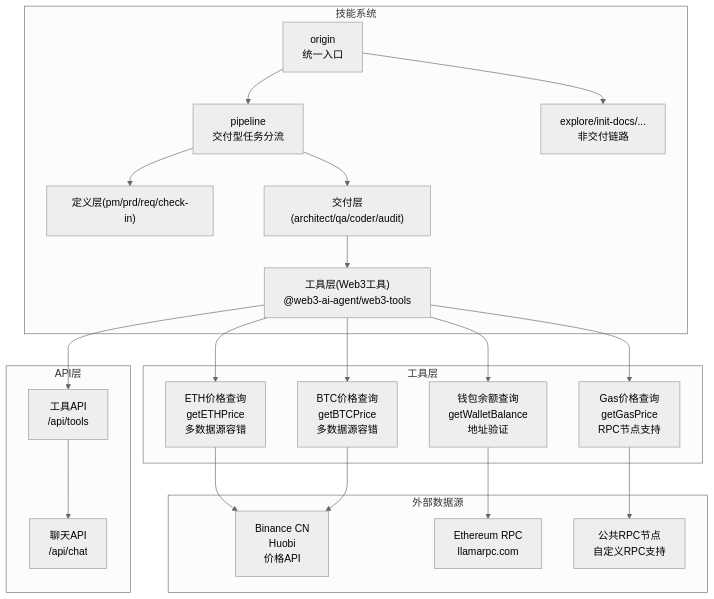
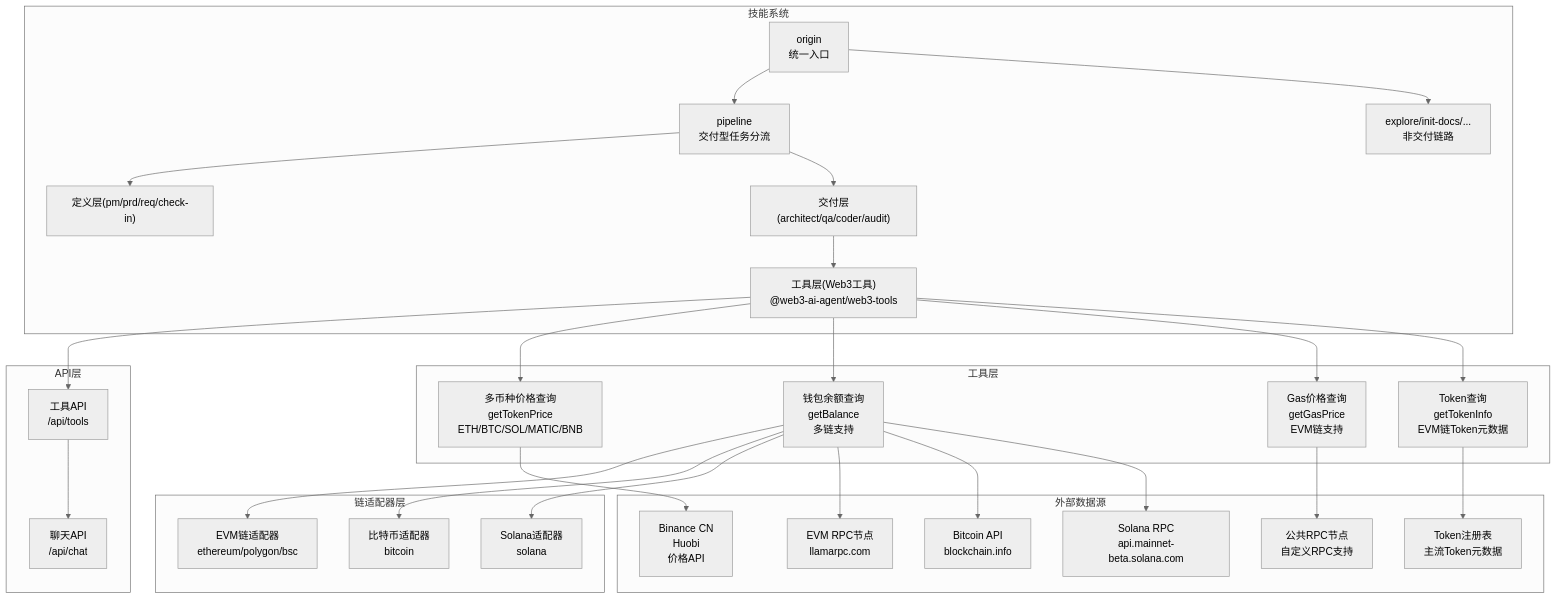
One commit to CryptoLinxu/Web3-AI-Agent changed the second of 7 diagrams in .qoder/repowiki/zh/content/Web3工具集成/Web3工具集成.md. Above: the diagram before and after it, drawn with Mermaid (neutral theme). The commit also changed other lines of this file and 9 other files, not shown here.

````diff
--- a/.qoder/repowiki/zh/content/Web3工具集成/Web3工具集成.md
+++ b/.qoder/repowiki/zh/content/Web3工具集成/Web3工具集成.md
@@ -101,26 +120,33 @@
 ```mermaid
 graph TB
 subgraph "技能系统"
 O["origin<br/>统一入口"] --> P["pipeline<br/>交付型任务分流"]
 O --> S["explore/init-docs/...<br/>非交付链路"]
 P --> D["定义层(pm/prd/req/check-in)"]
 P --> B["交付层(architect/qa/coder/audit)"]
 B --> T["工具层(Web3工具)<br/>@web3-ai-agent/web3-tools"]
 end
 subgraph "API层"
 T --> API["工具API<br/>/api/tools"]
 API --> CHAT["聊天API<br/>/api/chat"]
 end
 subgraph "工具层"
-T --> W1["ETH价格查询<br/>getETHPrice<br/>多数据源容错"]
-T --> W2["BTC价格查询<br/>getBTCPrice<br/>多数据源容错"]
-T --> W3["钱包余额查询<br/>getWalletBalance<br/>地址验证"]
-T --> W4["Gas价格查询<br/>getGasPrice<br/>RPC节点支持"]
+T --> W1["多币种价格查询<br/>getTokenPrice<br/>ETH/BTC/SOL/MATIC/BNB"]
+T --> W2["钱包余额查询<br/>getBalance<br/>多链支持"]
+T --> W3["Gas价格查询<br/>getGasPrice<br/>EVM链支持"]
+T --> W4["Token查询<br/>getTokenInfo<br/>EVM链Token元数据"]
+end
+subgraph "链适配器层"
+W2 --> EVM["EVM链适配器<br/>ethereum/polygon/bsc"]
+W2 --> BTC["比特币适配器<br/>bitcoin"]
+W2 --> SOL["Solana适配器<br/>solana"]
 end
 subgraph "外部数据源"
 W1 --> EX1["Binance CN<br/>Huobi<br/>价格API"]
-W2 --> EX1
-W3 --> EX2["Ethereum RPC<br/>llamarpc.com"]
-W4 --> EX3["公共RPC节点<br/>自定义RPC支持"]
+W2 --> EX2["EVM RPC节点<br/>llamarpc.com"]
+W2 --> EX3["Bitcoin API<br/>blockchain.info"]
+W2 --> EX4["Solana RPC<br/>api.mainnet-beta.solana.com"]
+W3 --> EX5["公共RPC节点<br/>自定义RPC支持"]
+W4 --> EX6["Token注册表<br/>主流Token元数据"]
 end
 ```
````
